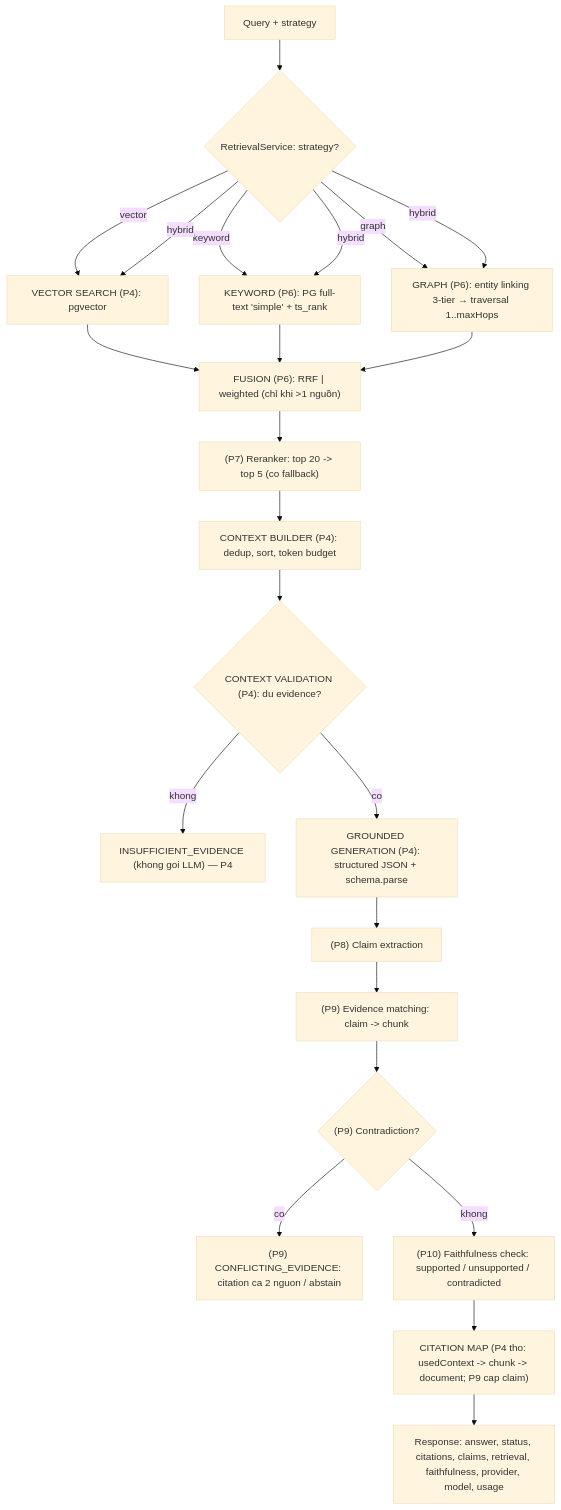
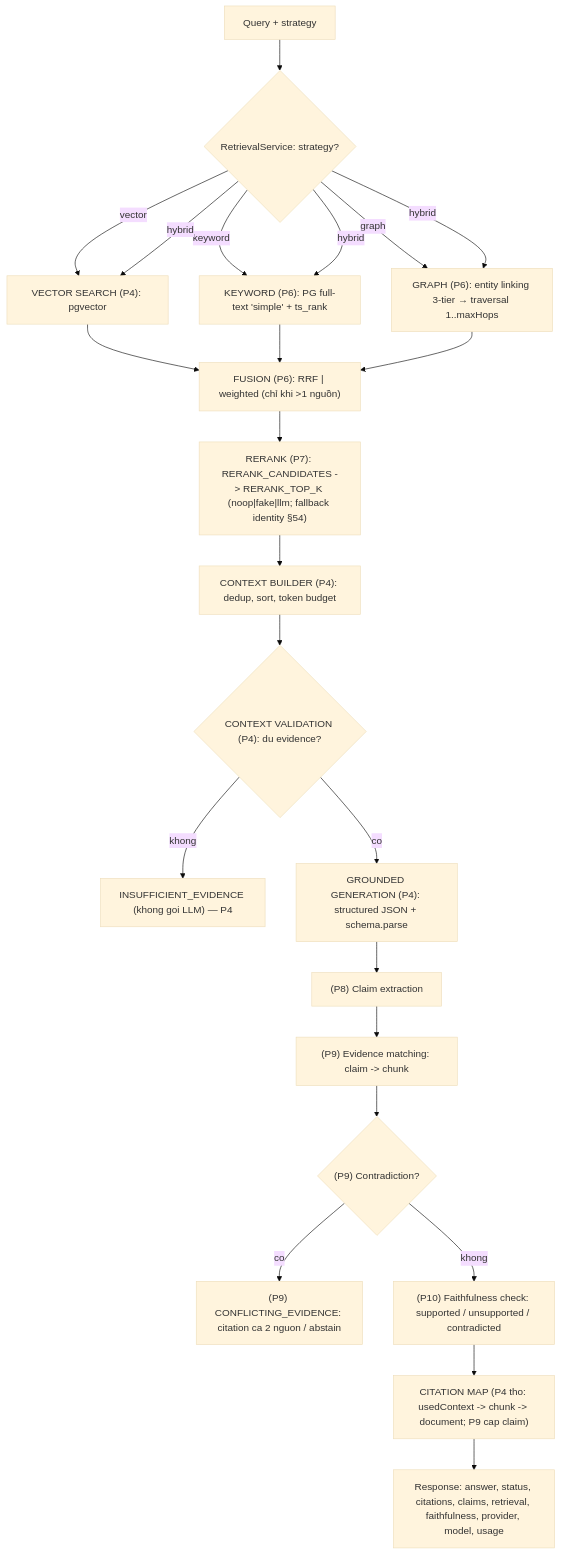
One commit to vietbevis/rag-reliability changed the second of 2 diagrams in docs/architecture/rag-architecture.md. Above: the diagram before and after it, drawn with Mermaid (base theme). The commit also changed other lines of this file and 27 other files, not shown here.

````diff
--- a/docs/architecture/rag-architecture.md
+++ b/docs/architecture/rag-architecture.md
@@ -112,23 +112,23 @@
 ```mermaid
 flowchart TD
   QRY[Query + strategy] --> DISP{"RetrievalService: strategy?"}
   DISP -->|vector| VEC["VECTOR SEARCH (P4): pgvector"]
   DISP -->|keyword| KW["KEYWORD (P6): PG full-text 'simple' + ts_rank"]
   DISP -->|graph| GR["GRAPH (P6): entity linking 3-tier → traversal 1..maxHops"]
   DISP -->|hybrid| VEC & KW & GR
   VEC --> FUS["FUSION (P6): RRF | weighted (chỉ khi >1 nguồn)"]
   KW --> FUS
   GR --> FUS
-  FUS --> RR["(P7) Reranker: top 20 -> top 5 (co fallback)"]
+  FUS --> RR["RERANK (P7): RERANK_CANDIDATES -> RERANK_TOP_K (noop|fake|llm; fallback identity §54)"]
   RR --> CB["CONTEXT BUILDER (P4): dedup, sort, token budget"]
   CB --> CV{"CONTEXT VALIDATION (P4): du evidence?"}
   CV -->|khong| ABS["INSUFFICIENT_EVIDENCE (khong goi LLM) — P4"]
   CV -->|co| GEN["GROUNDED GENERATION (P4): structured JSON + schema.parse"]
   GEN --> CE["(P8) Claim extraction"]
   CE --> EM["(P9) Evidence matching: claim -> chunk"]
   EM --> CD{"(P9) Contradiction?"}
   CD -->|co| CF["(P9) CONFLICTING_EVIDENCE: citation ca 2 nguon / abstain"]
   CD -->|khong| FF["(P10) Faithfulness check: supported / unsupported / contradicted"]
   FF --> CIT["CITATION MAP (P4 tho: usedContext -> chunk -> document; P9 cap claim)"]
   CIT --> RESP["Response: answer, status, citations, claims, retrieval, faithfulness, provider, model, usage"]
 ```
````
